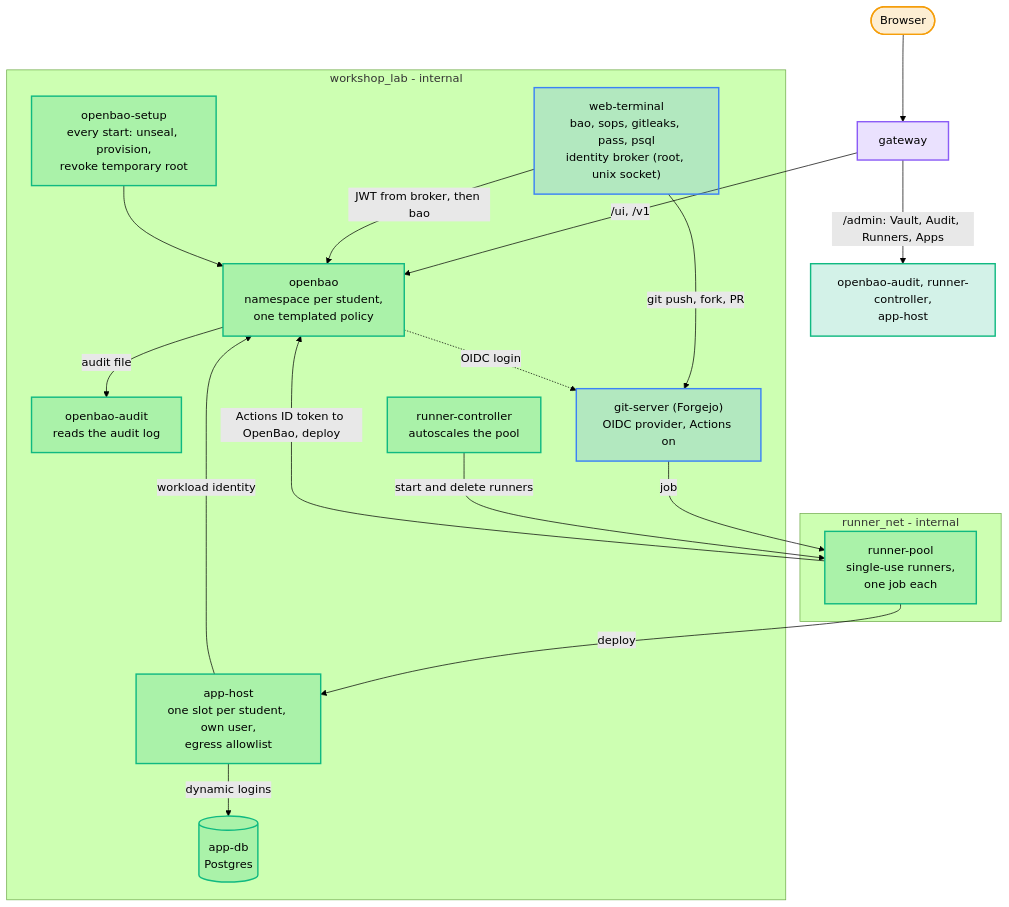
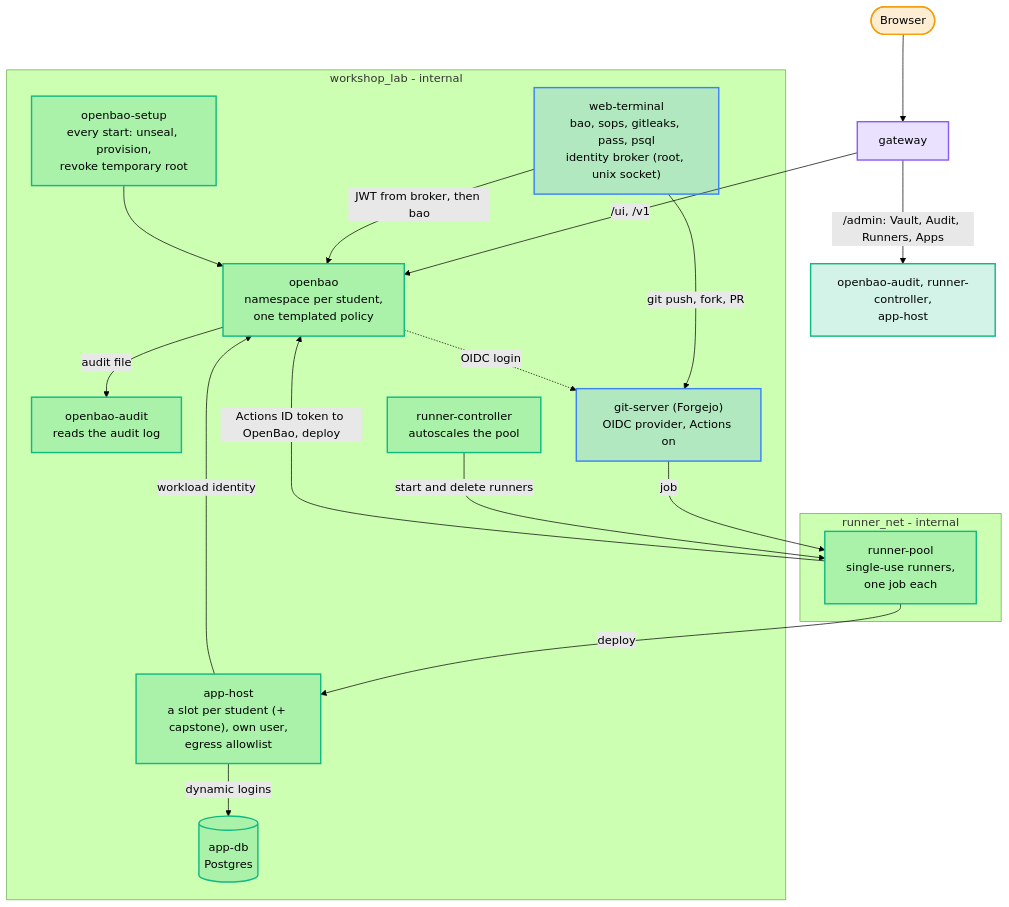
Before and after one commit to fiddler110/GitOps_Dojo: diagram 12 of 15 in README.md, drawn with Mermaid (forest theme). The commit also changed other lines of this file and 76 other files, not shown here.

````diff
--- a/README.md
+++ b/README.md
@@ -738,42 +738,42 @@
 ```mermaid
 graph TB
     Browser(["Browser"]) --> GW["gateway"]
     GW -->|"/ui, /v1"| OB
     GW -->|"/admin: Vault, Audit, Runners, Apps"| Panels["openbao-audit, runner-controller,<br/>app-host"]
 
     subgraph lab["workshop_lab - internal"]
         WT["web-terminal<br/>bao, sops, gitleaks, pass, psql<br/>identity broker (root, unix socket)"]
         OB["openbao<br/>namespace per student,<br/>one templated policy"]
         SETUP["openbao-setup<br/>every start: unseal, provision,<br/>revoke temporary root"]
         AUD["openbao-audit<br/>reads the audit log"]
         GS["git-server (Forgejo)<br/>OIDC provider, Actions on"]
         CTL["runner-controller<br/>autoscales the pool"]
-        AH["app-host<br/>one slot per student, own user,<br/>egress allowlist"]
+        AH["app-host<br/>a slot per student (+ capstone), own user,<br/>egress allowlist"]
         DB[("app-db<br/>Postgres")]
     end
 
     subgraph rn["runner_net - internal"]
         POOL["runner-pool<br/>single-use runners,<br/>one job each"]
     end
 
     WT -->|"JWT from broker, then bao"| OB
     WT -->|"git push, fork, PR"| GS
     SETUP --> OB
     OB -->|"audit file"| AUD
     OB -.->|"OIDC login"| GS
     GS -->|"job"| POOL
     CTL -->|"start and delete runners"| POOL
     POOL -->|"Actions ID token to OpenBao, deploy"| OB
     POOL -->|"deploy"| AH
     AH -->|"workload identity"| OB
     AH -->|"dynamic logins"| DB
 
     classDef core fill:#3b82f62e,stroke:#3b82f6,stroke-width:2px
     classDef addon fill:#10b9812e,stroke:#10b981,stroke-width:2px
     classDef gw fill:#8b5cf62e,stroke:#8b5cf6,stroke-width:2px
     classDef person fill:#f59e0b2e,stroke:#f59e0b,stroke-width:2px
     class WT,GS core
     class OB,SETUP,AUD,CTL,POOL,AH,DB,Panels addon
     class GW gw
     class Browser person
 ```
````
